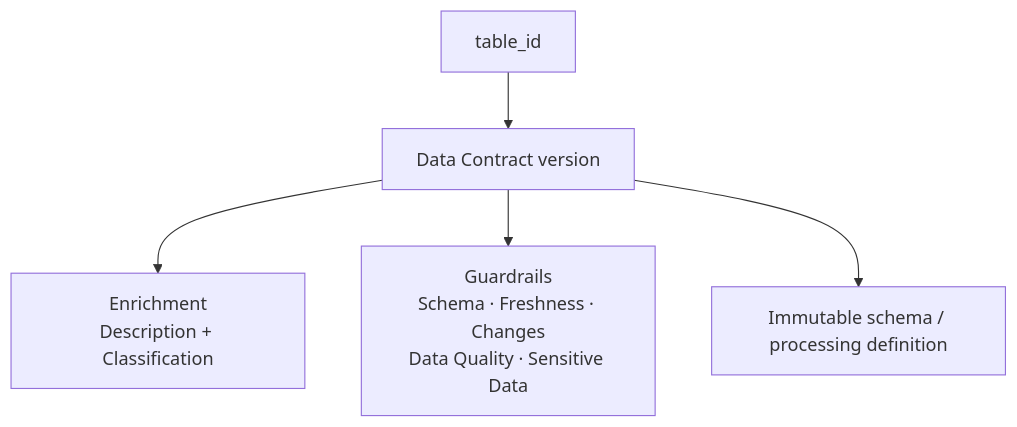
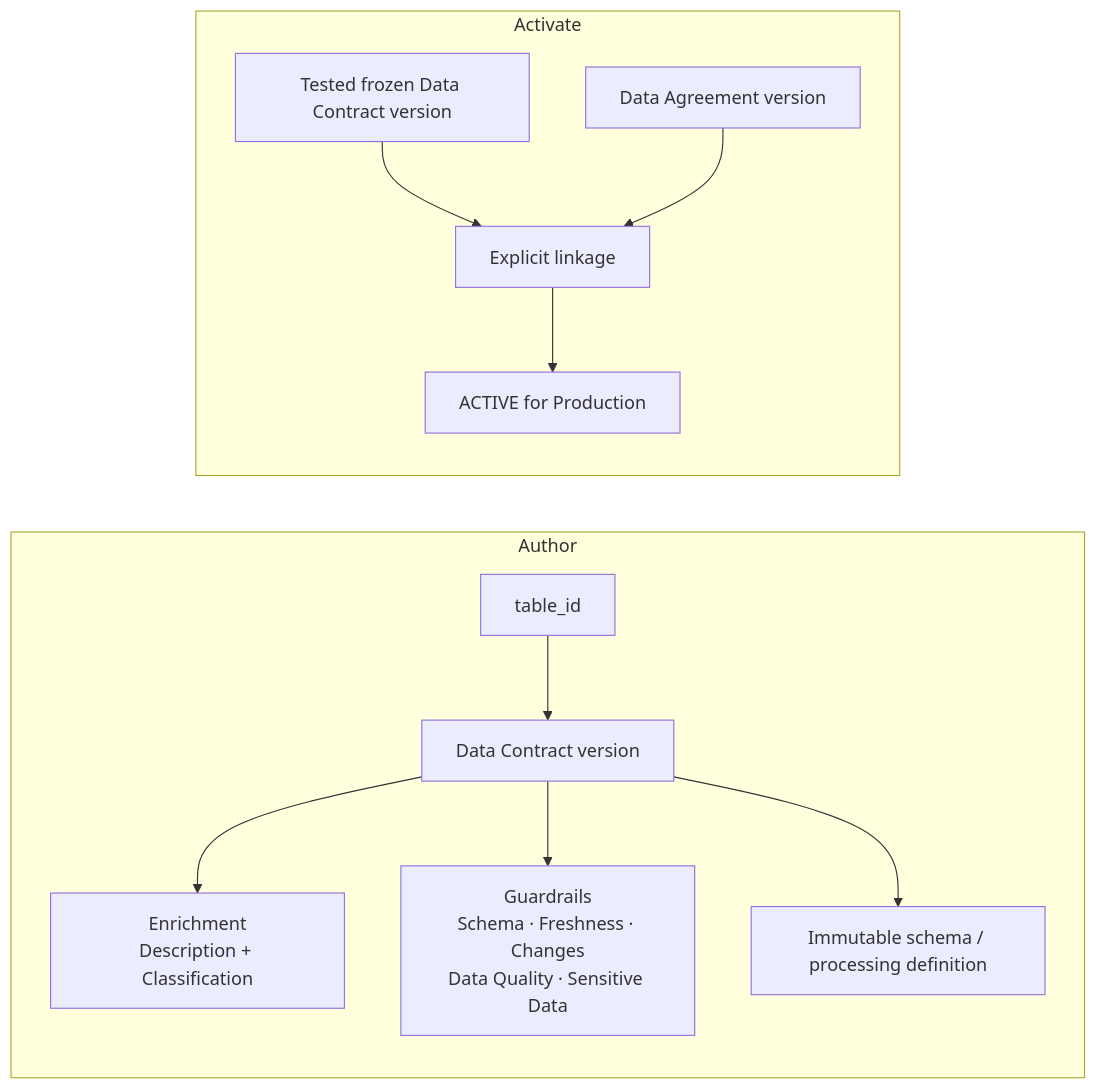
The second of 3 diagrams in docs/how-fabricops-works.md (Voycepeh/FabricOps-Starter-Kit), drawn with Mermaid before and after one commit. The commit also changed other lines of this file and 1 other file, not shown here.

Commit message:
docs: reduce Mermaid diagrams to core concepts

````diff
--- a/docs/how-fabricops-works.md
+++ b/docs/how-fabricops-works.md
@@ -353,7 +333,14 @@
-    ```mermaid
-    flowchart TD
+```mermaid
+flowchart LR
+    subgraph AUTHOR[Author]
         TABLE["table_id"] --> CONTRACT["Data Contract version"]
         CONTRACT --> ENRICH["Enrichment<br/>Description + Classification"]
         CONTRACT --> RULES["Guardrails<br/>Schema · Freshness · Changes<br/>Data Quality · Sensitive Data"]
         CONTRACT --> SNAPSHOT["Immutable schema / processing definition"]
-    ```
+    end
+    subgraph ACTIVATE[Activate]
+        TESTED["Tested frozen Data Contract version"] --> LINK["Explicit linkage"]
+        AGREEMENT["Data Agreement version"] --> LINK
+        LINK --> ACTIVE["ACTIVE for Production"]
+    end
+```
````
